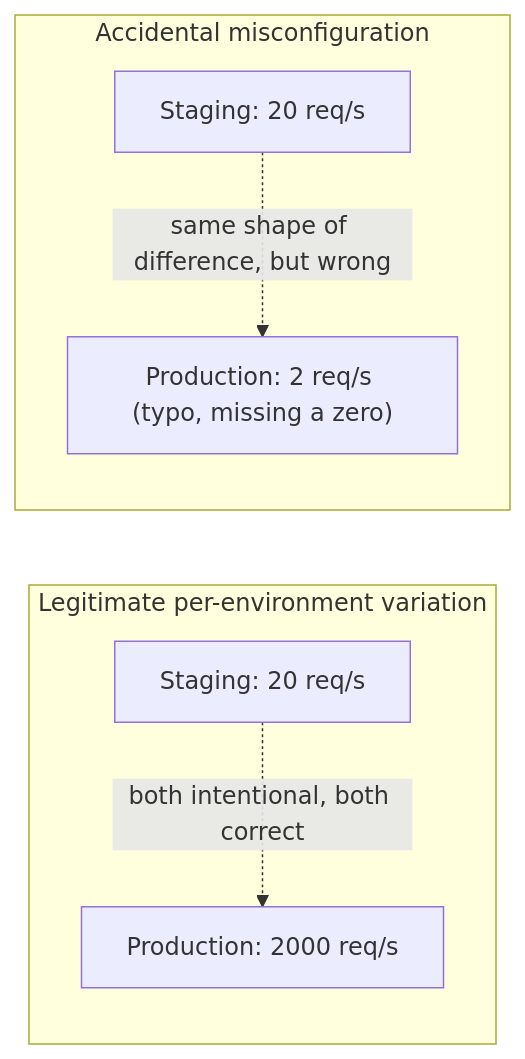
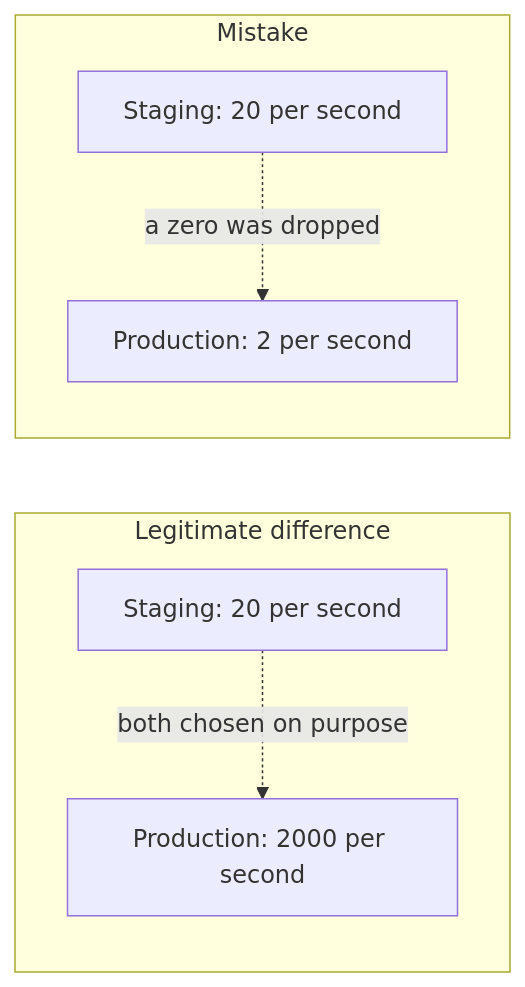
One commit to francoandreDev/knowledge changed the second of 2 diagrams in src/content/infra-delivery/config-management/L3-deep-dive.mdx. Above: the diagram before and after it, drawn with Mermaid. The commit also changed other lines of this file and 3 other files, not shown here.

````diff
--- a/src/content/infra-delivery/config-management/L3-deep-dive.mdx
+++ b/src/content/infra-delivery/config-management/L3-deep-dive.mdx
@@ -178,15 +97,11 @@
 ```mermaid
 flowchart LR
-    subgraph Legit["Legitimate per-environment variation"]
+    subgraph Legit["Legitimate difference"]
         direction TB
-        A1["Staging: 20 req/s"]
-        A2["Production: 2000 req/s"]
-        A1 -.->|"both intentional, both correct"| A2
+        A1["Staging: 20 per second"] -.->|"both chosen on purpose"| A2["Production: 2000 per second"]
     end
-    subgraph Bug["Accidental misconfiguration"]
+    subgraph Bug["Mistake"]
         direction TB
-        B1["Staging: 20 req/s"]
-        B2["Production: 2 req/s (typo, missing a zero)"]
-        B1 -.->|"same shape of difference, but wrong"| B2
+        B1["Staging: 20 per second"] -.->|"a zero was dropped"| B2["Production: 2 per second"]
     end
 ```
````
